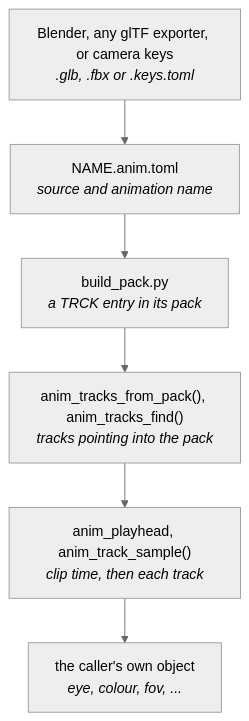
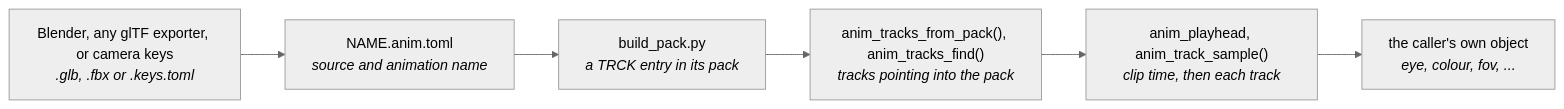
The diagram in docs/Animation-Tracks.md (jose-villegas/autana), drawn with Mermaid (neutral theme) before and after one commit. The commit also changed 2 other files, not shown here.

Commit message:
anim: keep track_host's usage header and the docs' shape; name the playhead

````diff
--- a/docs/Animation-Tracks.md
+++ b/docs/Animation-Tracks.md
@@ -14,8 +14,8 @@
 ```mermaid
-flowchart TD
+flowchart LR
     Author["Blender, any glTF exporter, or camera keys<br/><i>.glb, .fbx or .keys.toml</i>"] --> Anim["NAME.anim.toml<br/><i>source and animation name</i>"]
     Anim --> Pack["build_pack.py<br/><i>a TRCK entry in its pack</i>"]
     Pack --> Open["anim_tracks_from_pack(), anim_tracks_find()<br/><i>tracks pointing into the pack</i>"]
     Open --> Sample["anim_playhead, anim_track_sample()<br/><i>clip time, then each track</i>"]
     Sample --> Caller["the caller's own object<br/><i>eye, colour, fov, ...</i>"]
 ```
````
